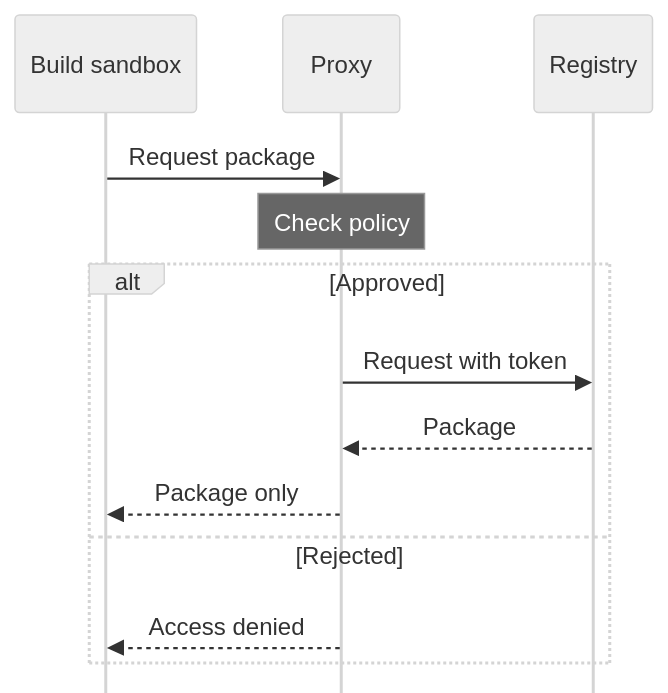
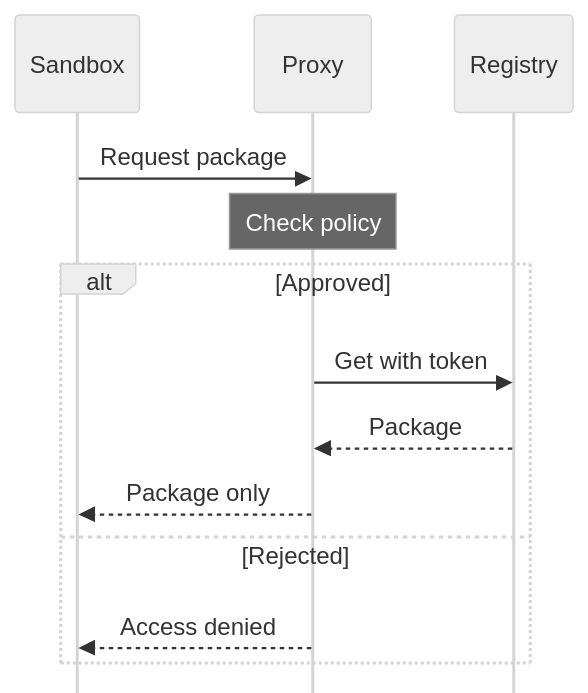
The diagram in docs/glossary/credential-injection.md (narumiruna/sandbox-architectures-book), drawn with Mermaid (neutral theme) before and after one commit. The commit also changed 3 other files, not shown here.

Commit message:
docs: improve Mermaid diagram readability on narrow screens

````diff
--- a/docs/glossary/credential-injection.md
+++ b/docs/glossary/credential-injection.md
@@ -13,26 +13,26 @@
 ```mermaid
 ---
 config:
   sequence:
     actorMargin: 12
     diagramMarginX: 8
     width: 78
     mirrorActors: false
 ---
 sequenceDiagram
     accTitle: A proxy adds a credential only to approved requests
     accDescr: The proxy checks a request from the sandboxed build. It adds a token only to an approved request sent to the package registry. It returns the package without the token, or denies the request without contacting the registry.
-    participant Build as Build sandbox
+    participant Build as Sandbox
     participant Proxy as Proxy
     participant Registry as Registry
 
     Build->>Proxy: Request package
     Note over Proxy: Check policy
     alt Approved
-        Proxy->>Registry: Request with token
+        Proxy->>Registry: Get with token
         Registry-->>Proxy: Package
         Proxy-->>Build: Package only
     else Rejected
         Proxy-->>Build: Access denied
     end
 ```
````
